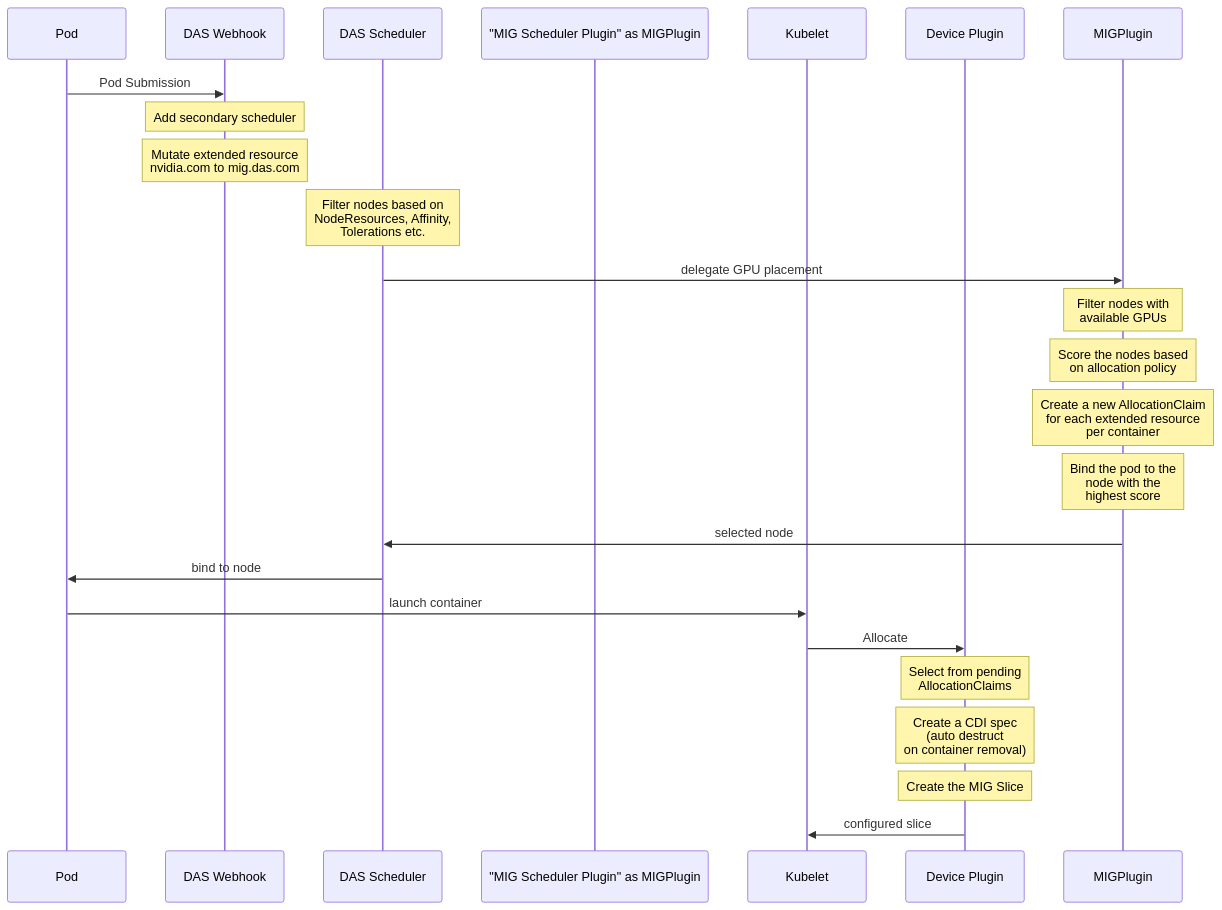
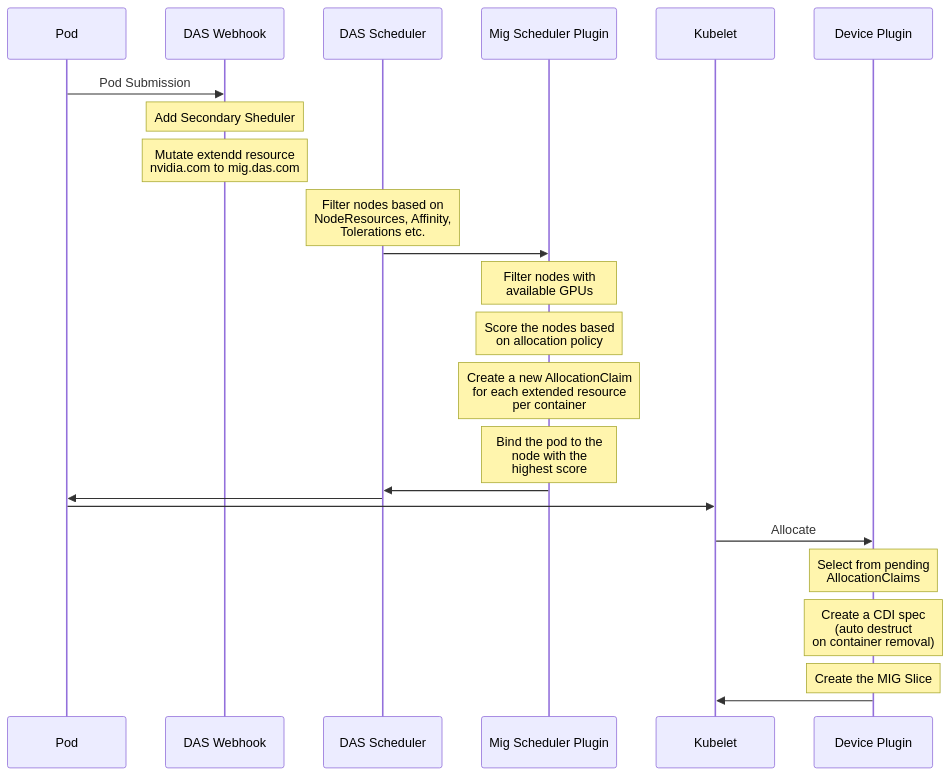
One commit to openshift/instaslice-operator changed the diagram in README.md. Above: the diagram before and after it, drawn with Mermaid.

Commit message:
Fix the typo in the mermaid diagram

````diff
--- a/README.md
+++ b/README.md
@@ -17,31 +17,31 @@
 ```mermaid
 sequenceDiagram
     participant Pod
     participant DAS Webhook
     participant DAS Scheduler
-    participant "MIG Scheduler Plugin" as MIGPlugin
+    participant Mig Scheduler Plugin
     participant Kubelet
     participant Device Plugin
 
     Pod->>DAS Webhook: Pod Submission
-    Note over DAS Webhook: Add secondary scheduler
-    Note over DAS Webhook: Mutate extended resource <br/>nvidia.com to mig.das.com
+    Note over DAS Webhook: Add Secondary Sheduler
+    Note over DAS Webhook: Mutate extendd resource <br/> nvidia.com  to mig.das.com
 
-    Note over DAS Scheduler: Filter nodes based on <br/>NodeResources, Affinity, <br/>Tolerations etc.
-    DAS Scheduler->>MIGPlugin: delegate GPU placement
+    Note over DAS Scheduler: Filter nodes based on <br/> NodeResources, Affinity, <br/> Tolerations etc.
+    DAS Scheduler->>Mig Scheduler Plugin:
 
-    Note over MIGPlugin: Filter nodes with <br/>available GPUs
-    Note over MIGPlugin: Score the nodes based <br/>on allocation policy
-    Note over MIGPlugin: Create a new AllocationClaim <br/>for each extended resource <br/>per container
-    Note over MIGPlugin: Bind the pod to the <br/>node with the <br/>highest score
-    MIGPlugin->>DAS Scheduler: selected node
-    DAS Scheduler->>Pod: bind to node
-    Pod->>Kubelet: launch container
+    Note over Mig Scheduler Plugin: Filter nodes with <br/> available GPUs
+    Note over Mig Scheduler Plugin: Score the nodes based <br/> on allocation policy
+    Note over Mig Scheduler Plugin: Create a new AllocationClaim <br/> for each extended resource <br/> per container
+    Note over Mig Scheduler Plugin: Bind the pod to the <br/> node with the <br/>highest score
+    Mig Scheduler Plugin->>DAS Scheduler:
+    DAS Scheduler->>Pod:
+    Pod->>Kubelet:
 
     Kubelet ->> Device Plugin: Allocate
     Note over Device Plugin: Select from pending <br/>AllocationClaims
     Note over Device Plugin: Create a CDI spec <br/>(auto destruct <br/>on container removal)
     Note over Device Plugin: Create the MIG Slice
 
-    Device Plugin ->> Kubelet: configured slice
+    Device Plugin ->> Kubelet:
 ```
````
